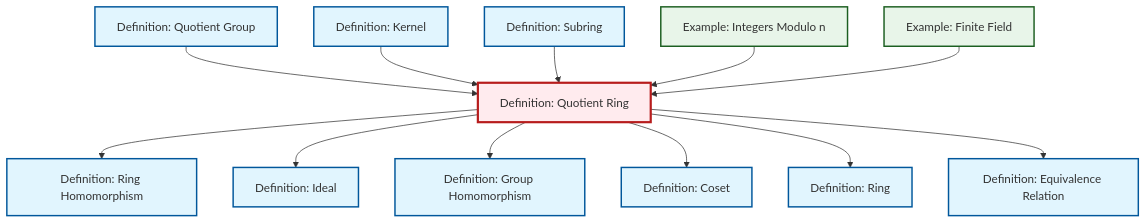
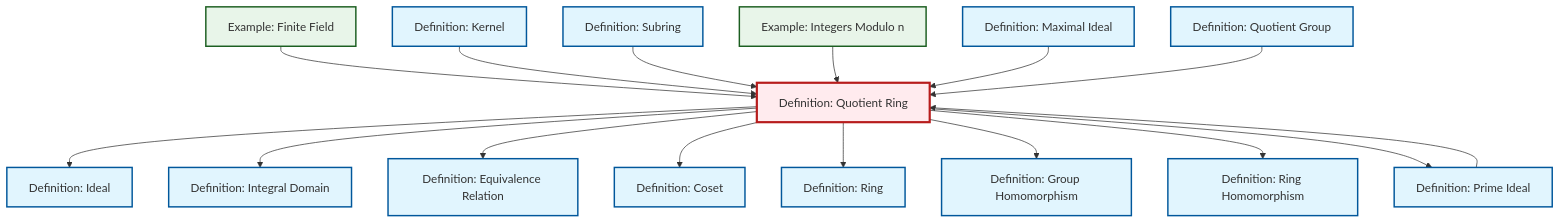
One commit to RK0429/ModernMath changed the diagram in content/ja/algebra/def-quotient-ring.qmd. Above: the diagram before and after it, drawn with Mermaid. The commit also changed other lines of this file and 654 other files, not shown here.

First line of the commit message:
fix: Update cross-references to equivalence relation in quotient ring definitions

````diff
--- a/content/ja/algebra/def-quotient-ring.qmd
+++ b/content/ja/algebra/def-quotient-ring.qmd
@@ -83,44 +83,54 @@
 ```{mermaid}
 %%| fig-cap: "Local dependency graph"
 graph TD
     classDef definition fill:#e1f5fe,stroke:#01579b,stroke-width:2px
     classDef theorem fill:#f3e5f5,stroke:#4a148c,stroke-width:2px
     classDef axiom fill:#fff3e0,stroke:#e65100,stroke-width:2px
     classDef example fill:#e8f5e9,stroke:#1b5e20,stroke-width:2px
     classDef current fill:#ffebee,stroke:#b71c1c,stroke-width:3px
+    def-coset["Definition: Coset"]:::definition
     def-quotient-ring["Definition: Quotient Ring"]:::definition
     def-ring-homomorphism["Definition: Ring Homomorphism"]:::definition
+    def-maximal-ideal["Definition: Maximal Ideal"]:::definition
+    def-prime-ideal["Definition: Prime Ideal"]:::definition
     def-quotient-group["Definition: Quotient Group"]:::definition
+    def-equivalence-relation["Definition: Equivalence Relation"]:::definition
     def-ring["Definition: Ring"]:::definition
-    def-equivalence-relation["Definition: Equivalence Relation"]:::definition
+    def-ideal["Definition: Ideal"]:::definition
+    def-kernel["Definition: Kernel"]:::definition
     def-subring["Definition: Subring"]:::definition
+    def-homomorphism["Definition: Group Homomorphism"]:::definition
+    def-integral-domain["Definition: Integral Domain"]:::definition
+    ex-finite-field["Example: Finite Field"]:::example
     ex-quotient-integers-mod-n["Example: Integers Modulo n"]:::example
-    ex-finite-field["Example: Finite Field"]:::example
-    def-kernel["Definition: Kernel"]:::definition
-    def-homomorphism["Definition: Group Homomorphism"]:::definition
-    def-coset["Definition: Coset"]:::definition
-    def-ideal["Definition: Ideal"]:::definition
-    def-quotient-ring --> def-ring-homomorphism
-    def-quotient-group --> def-quotient-ring
+    def-quotient-ring --> def-ideal
+    def-quotient-ring --> def-integral-domain
+    ex-finite-field --> def-quotient-ring
+    def-quotient-ring --> def-equivalence-relation
     def-kernel --> def-quotient-ring
     def-subring --> def-quotient-ring
-    def-quotient-ring --> def-ideal
-    def-quotient-ring --> def-homomorphism
     ex-quotient-integers-mod-n --> def-quotient-ring
+    def-maximal-ideal --> def-quotient-ring
     def-quotient-ring --> def-coset
     def-quotient-ring --> def-ring
-    ex-finite-field --> def-quotient-ring
-    def-quotient-ring --> def-equivalence-relation
+    def-quotient-group --> def-quotient-ring
+    def-quotient-ring --> def-homomorphism
+    def-quotient-ring --> def-ring-homomorphism
+    def-quotient-ring --> def-prime-ideal
+    def-prime-ideal --> def-quotient-ring
     class def-quotient-ring current
+    click def-coset "def-coset.html" "Definition: Cosetへ"
     click def-ring-homomorphism "def-ring-homomorphism.html" "Definition: Ring Homomorphismへ"
+    click def-maximal-ideal "def-maximal-ideal.html" "Definition: Maximal Idealへ"
+    click def-prime-ideal "def-prime-ideal.html" "Definition: Prime Idealへ"
     click def-quotient-group "def-quotient-group.html" "Definition: Quotient Groupへ"
+    click def-equivalence-relation "def-equivalence-relation.html" "Definition: Equivalence Relationへ"
     click def-ring "def-ring.html" "Definition: Ringへ"
-    click def-equivalence-relation "def-equivalence-relation.html" "Definition: Equivalence Relationへ"
+    click def-ideal "def-ideal.html" "Definition: Idealへ"
+    click def-kernel "def-kernel.html" "Definition: Kernelへ"
     click def-subring "def-subring.html" "Definition: Subringへ"
+    click def-homomorphism "def-homomorphism.html" "Definition: Group Homomorphismへ"
+    click def-integral-domain "def-integral-domain.html" "Definition: Integral Domainへ"
+    click ex-finite-field "ex-finite-field.html" "Example: Finite Fieldへ"
     click ex-quotient-integers-mod-n "ex-quotient-integers-mod-n.html" "Example: Integers Modulo nへ"
-    click ex-finite-field "ex-finite-field.html" "Example: Finite Fieldへ"
-    click def-kernel "def-kernel.html" "Definition: Kernelへ"
-    click def-homomorphism "def-homomorphism.html" "Definition: Group Homomorphismへ"
-    click def-coset "def-coset.html" "Definition: Cosetへ"
-    click def-ideal "def-ideal.html" "Definition: Idealへ"
 ```
````
